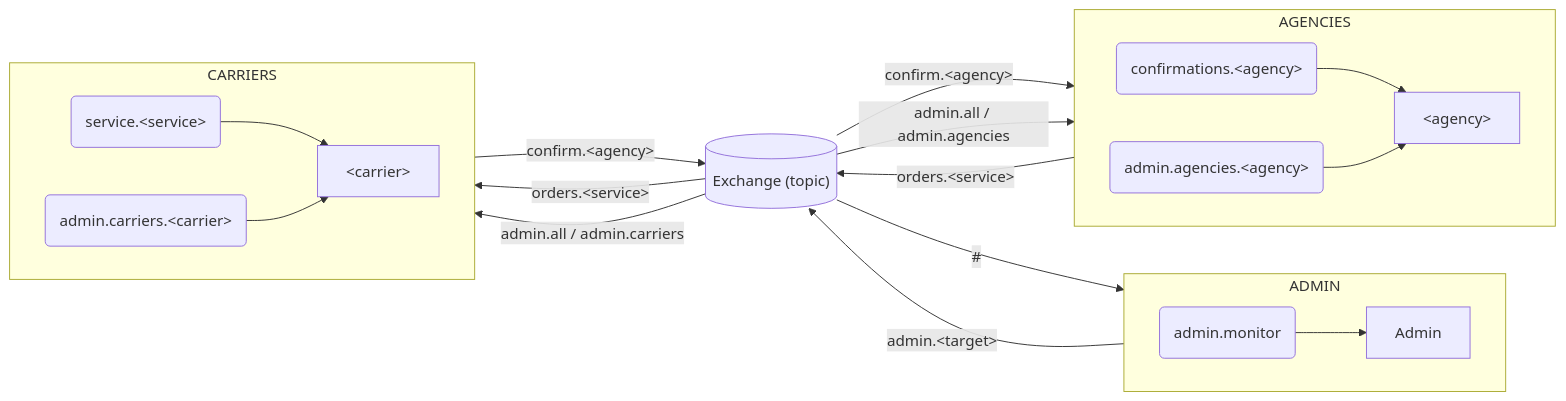
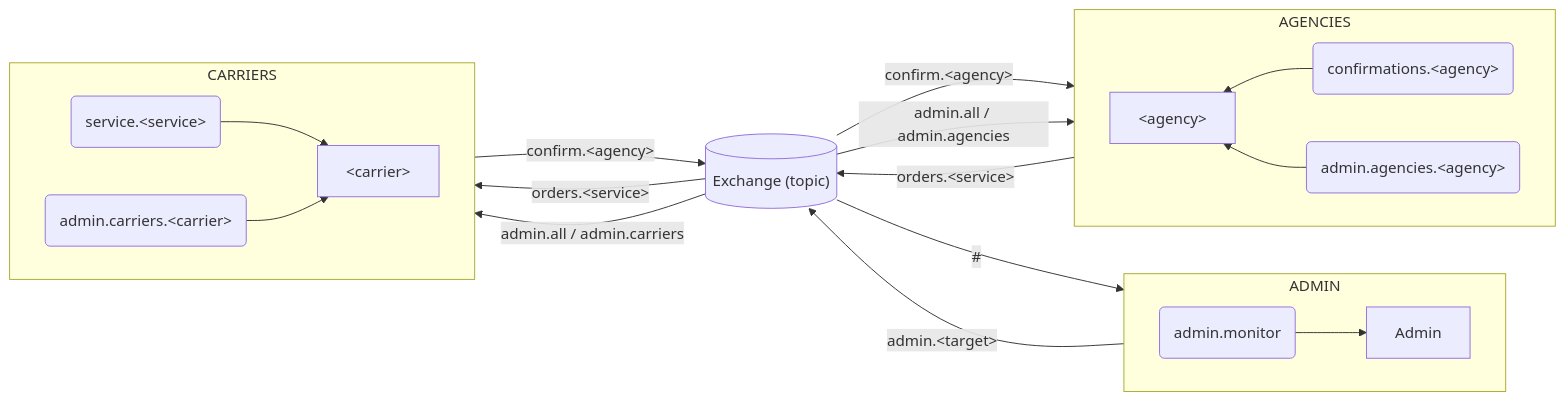
Before and after one commit to Mosder/agh: the diagram in sem6/rozprochy/tasks/task5/schema.md, drawn with Mermaid.

Commit message:
rozprochy

````diff
--- a/sem6/rozprochy/tasks/task5/schema.md
+++ b/sem6/rozprochy/tasks/task5/schema.md
@@ -1,33 +1,33 @@
 ```mermaid
 flowchart LR
     subgraph ADMIN
         direction LR
         AD[Admin]
         QAD(admin.monitor)
     end
 
     subgraph AGENCIES
-        direction LR
+        direction RL
         A[&lt;agency&gt;]
         QA(confirmations.&lt;agency&gt;)
         QAAD(admin.agencies.&lt;agency&gt;)
     end
 
     subgraph CARRIERS
         direction LR
         C[&lt;carrier&gt;]
         QS(service.&lt;service&gt;)
         QC(admin.carriers.&lt;carrier&gt;)
     end
 
     AD -- admin.&lt;target&gt; --> X[("Exchange (topic)")]
     X -- "#" --> QAD --> AD
 
     A -- orders.&lt;service&gt; --> X
     X -- confirm.&lt;agency&gt; --> QA --> A
     X -- admin.all / admin.agencies --> QAAD --> A
 
     C -- confirm.&lt;agency&gt; --> X
     X -- orders.&lt;service&gt; --> QS --> C
     X -- admin.all / admin.carriers --> QC --> C
 ```
````
